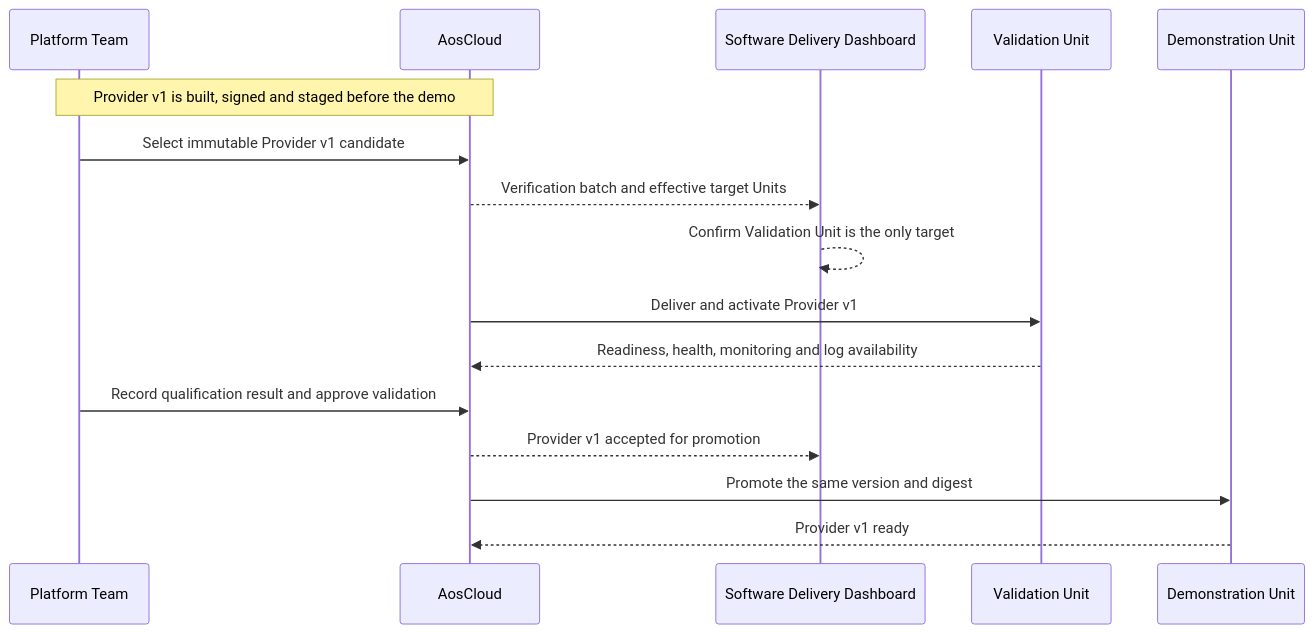
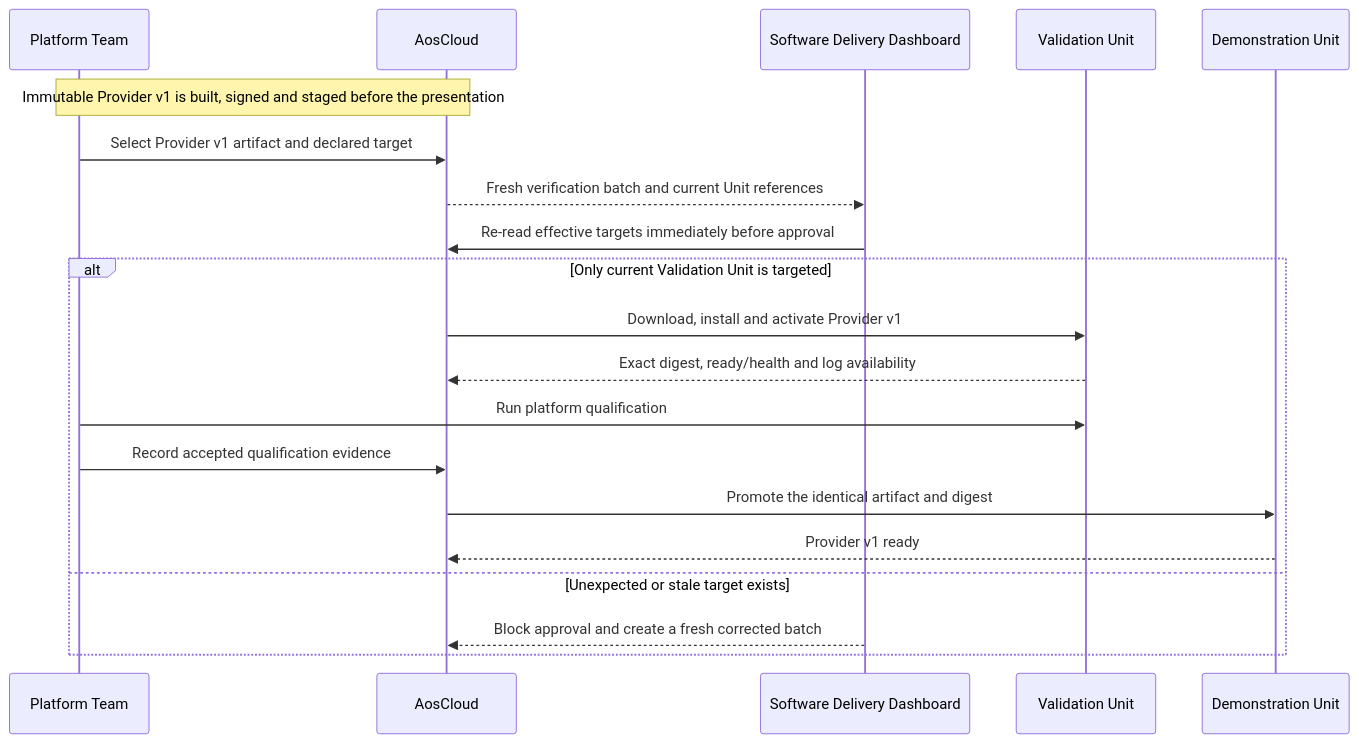
One commit to alexmaninblack/aosedge-sdv-demo changed the fifth of 17 diagrams in docs/architecture/demo-scenario-architecture-flows.md. Above: the diagram before and after it, drawn with Mermaid. The commit also changed other lines of this file and 51 other files, not shown here.

````diff
--- a/docs/architecture/demo-scenario-architecture-flows.md
+++ b/docs/architecture/demo-scenario-architecture-flows.md
@@ -167,19 +336,23 @@
 ```mermaid
 sequenceDiagram
     participant PT as Platform Team
     participant AC as AosCloud
-    participant RD as Software Delivery Dashboard
+    participant SD as Software Delivery Dashboard
     participant VU as Validation Unit
     participant DU as Demonstration Unit
 
-    Note over PT,AC: Provider v1 is built, signed and staged before the demo
-    PT->>AC: Select immutable Provider v1 candidate
-    AC-->>RD: Verification batch and effective target Units
-    RD-->>RD: Confirm Validation Unit is the only target
-    AC->>VU: Deliver and activate Provider v1
-    VU-->>AC: Readiness, health, monitoring and log availability
-    PT->>AC: Record qualification result and approve validation
-    AC-->>RD: Provider v1 accepted for promotion
-    AC->>DU: Promote the same version and digest
-    DU-->>AC: Provider v1 ready
+    Note over PT,AC: Immutable Provider v1 is built, signed and staged before the presentation
+    PT->>AC: Select Provider v1 artifact and declared target
+    AC-->>SD: Fresh verification batch and current Unit references
+    SD->>AC: Re-read effective targets immediately before approval
+    alt Only current Validation Unit is targeted
+        AC->>VU: Download, install and activate Provider v1
+        VU-->>AC: Exact digest, ready/health and log availability
+        PT->>VU: Run platform qualification
+        PT->>AC: Record accepted qualification evidence
+        AC->>DU: Promote the identical artifact and digest
+        DU-->>AC: Provider v1 ready
+    else Unexpected or stale target exists
+        SD-->>AC: Block approval and create a fresh corrected batch
+    end
 ```
````
